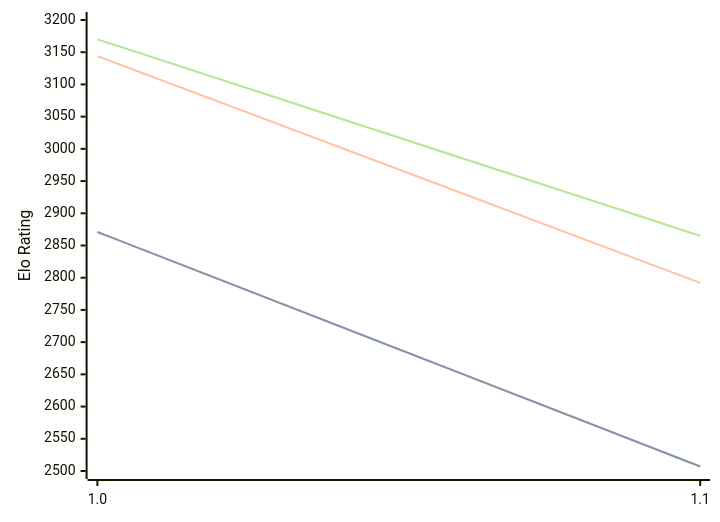
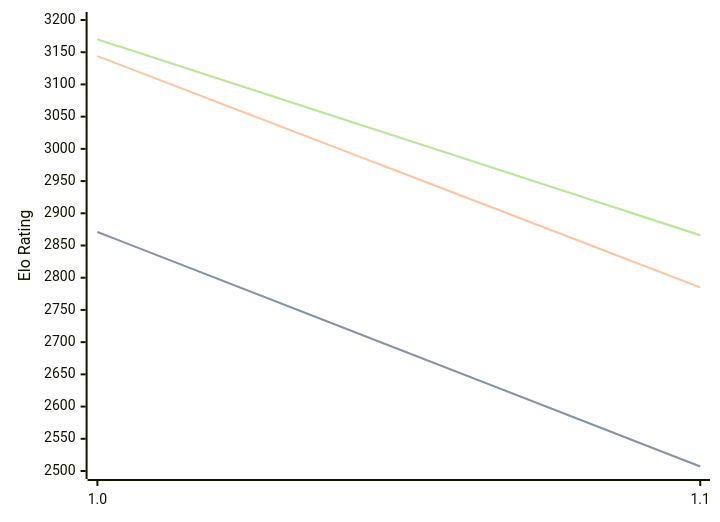
Before and after one commit to computer-chess-index/cci: the diagram in engines/Publius.md, drawn with Mermaid. The commit also changed other lines of this file, not shown here.

Commit message:
Update CCI Ratings (ELO VLTC) - 2026-04-16

````diff
--- a/engines/Publius.md
+++ b/engines/Publius.md
@@ -32,11 +32,11 @@
 ```mermaid
 %%{init: {"theme":"base","themeVariables":{"seriesColors:['#a3a3a3','#222221','#faa371']}}}%%
 xychart-beta
   x-axis ["1.0", "1.1"]
   y-axis "Elo Rating" 2500 --> 3200
   line "STC (8.0+0.08s)" [2871, 2507]
   line "STC (8.0+0.08s)" [2871, 2507]
-  line "LTC (60.0+0.60s)" [3144, 2792]
-  line "VLTC (2m24s+1.12s)" [3170, 2865]
-  line "VLTC (2m24s+1.12s)" [3170, 2865]
+  line "LTC (60.0+0.60s)" [3144, 2785]
+  line "VLTC (2m24s+1.12s)" [3170, 2866]
+  line "VLTC (2m24s+1.12s)" [3170, 2866]
 ```
````
